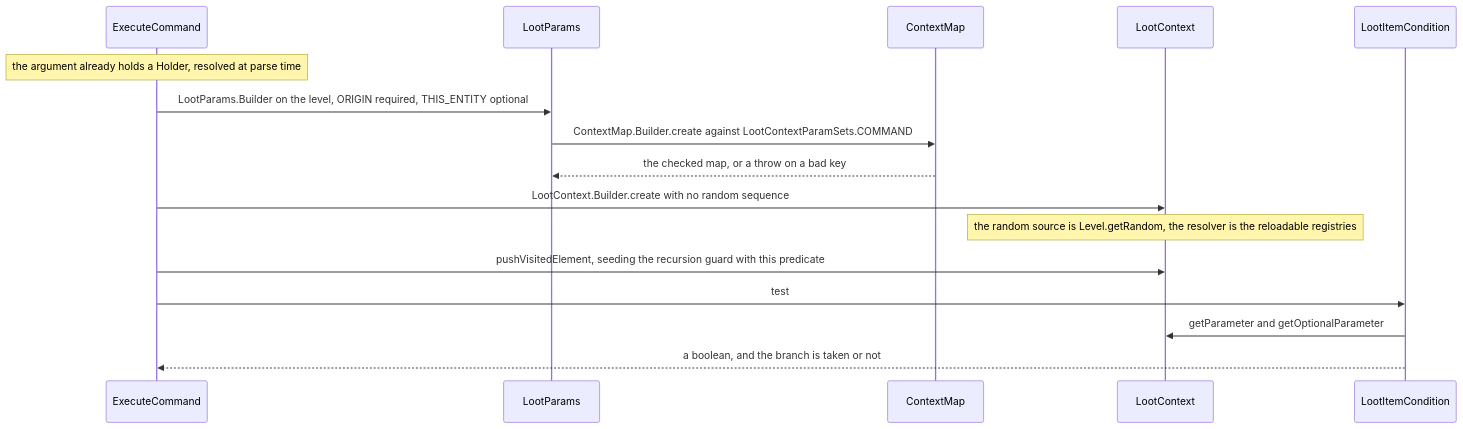
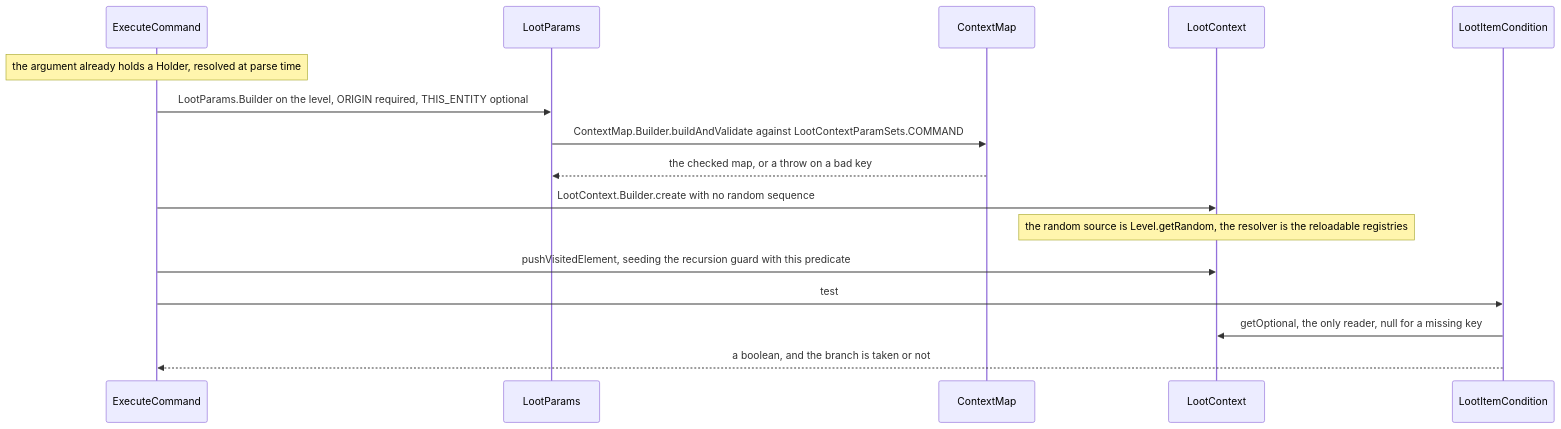
One commit to AlexanderjFraser/MinecraftDocs changed the second of 2 diagrams in src/systems/items/contexts-and-predicates.md. Above: the diagram before and after it, drawn with Mermaid. The commit also changed other lines of this file and 68 other files, not shown here.

````diff
--- a/src/systems/items/contexts-and-predicates.md
+++ b/src/systems/items/contexts-and-predicates.md
@@ -302,19 +315,19 @@
 ```mermaid
 sequenceDiagram
     participant ExecC as ExecuteCommand
     participant LootP as LootParams
     participant CMap as ContextMap
     participant LootC as LootContext
     participant LIC as LootItemCondition
 
     Note over ExecC: the argument already holds a Holder, resolved at parse time
     ExecC->>LootP: LootParams.Builder on the level, ORIGIN required, THIS_ENTITY optional
-    LootP->>CMap: ContextMap.Builder.create against LootContextParamSets.COMMAND
+    LootP->>CMap: ContextMap.Builder.buildAndValidate against LootContextParamSets.COMMAND
     CMap-->>LootP: the checked map, or a throw on a bad key
     ExecC->>LootC: LootContext.Builder.create with no random sequence
     Note over LootC: the random source is Level.getRandom, the resolver is the reloadable registries
     ExecC->>LootC: pushVisitedElement, seeding the recursion guard with this predicate
     ExecC->>LIC: test
-    LIC->>LootC: getParameter and getOptionalParameter
+    LIC->>LootC: getOptional, the only reader, null for a missing key
     LIC-->>ExecC: a boolean, and the branch is taken or not
 ```
````
